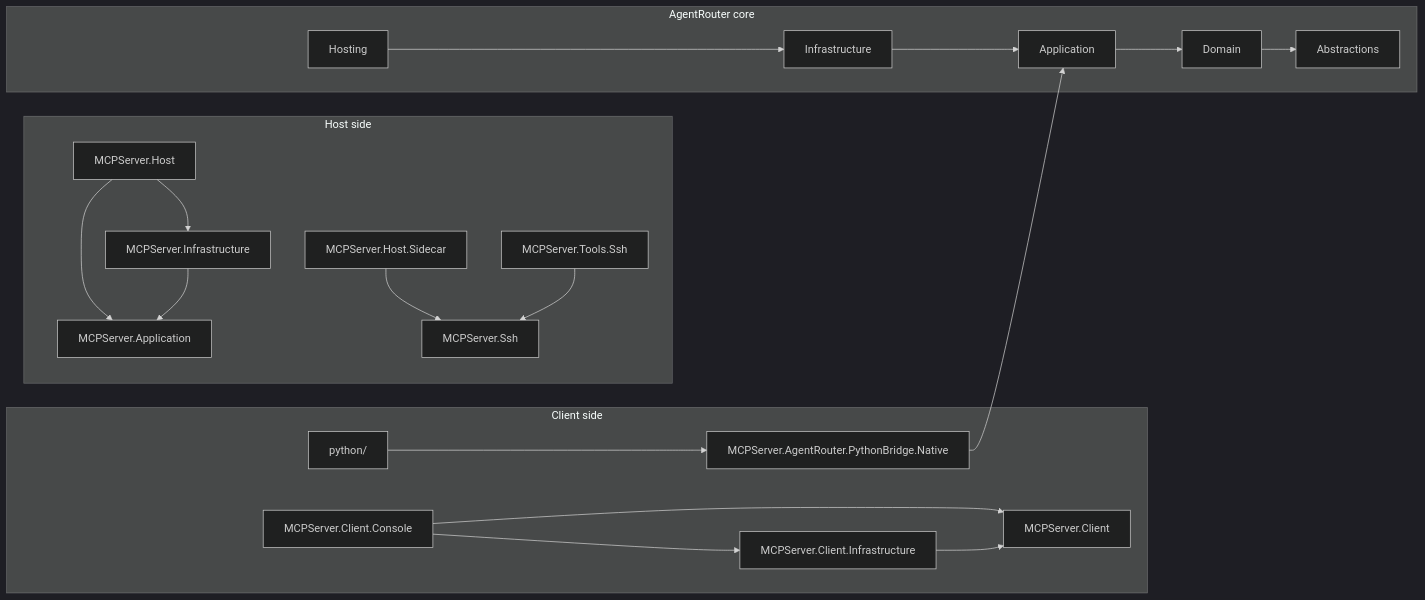
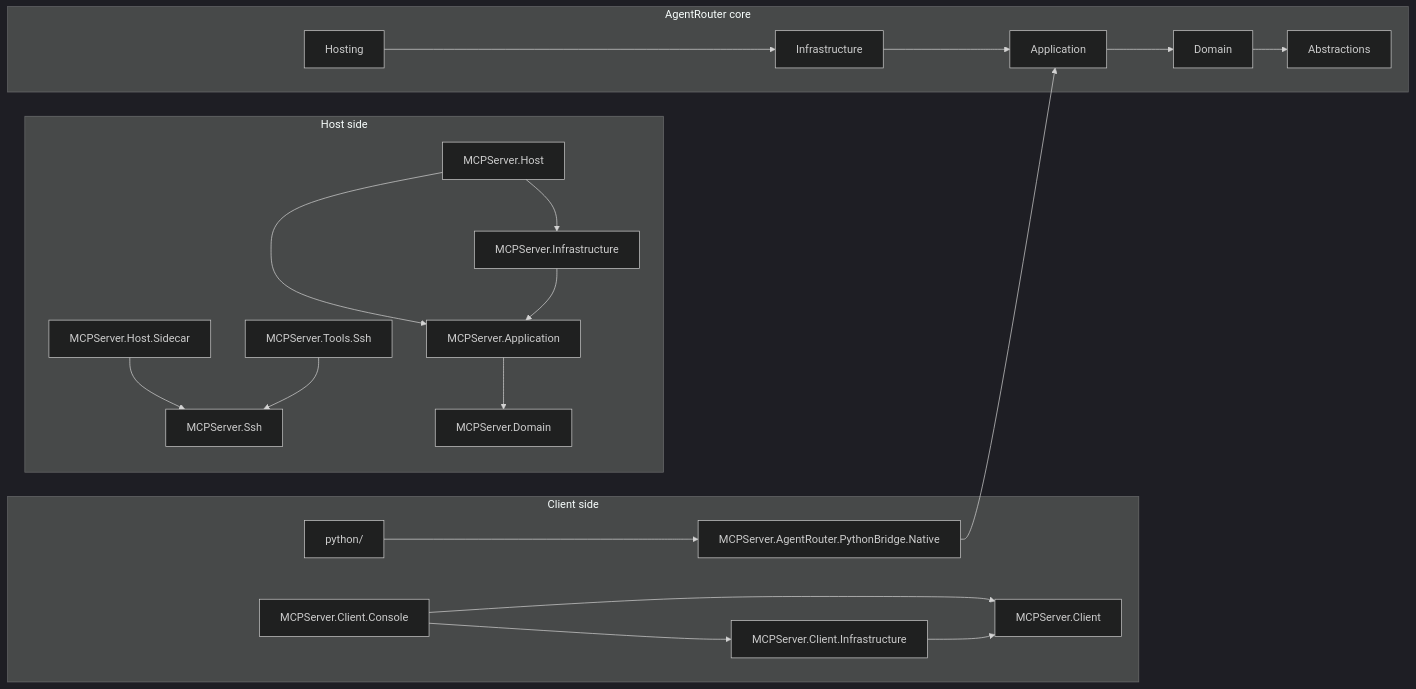
The diagram in README.md (haxxornulled/SharpMCPServer), drawn with Mermaid (dark theme) before and after one commit. The commit also changed other lines of this file and 1 other file, not shown here.

Commit message:
Clarify architecture docs

````diff
--- a/README.md
+++ b/README.md
@@ -23,42 +23,44 @@
 ```mermaid
 flowchart LR
     subgraph ClientSide["Client side"]
         Console["MCPServer.Client.Console"]
         ClientLib["MCPServer.Client"]
         ClientInfra["MCPServer.Client.Infrastructure"]
         Python["python/"]
         Native["MCPServer.AgentRouter.PythonBridge.Native"]
     end
 
     subgraph HostSide["Host side"]
         MainHost["MCPServer.Host"]
         Sidecar["MCPServer.Host.Sidecar"]
         Infra["MCPServer.Infrastructure"]
         App["MCPServer.Application"]
+        Domain["MCPServer.Domain"]
         Ssh["MCPServer.Ssh"]
         SshTools["MCPServer.Tools.Ssh"]
     end
 
     subgraph RouterCore["AgentRouter core"]
         ARAbs["Abstractions"]
         ARDom["Domain"]
         ARApp["Application"]
         ARInfra["Infrastructure"]
         ARHost["Hosting"]
     end
 
     Console --> ClientLib
     Console --> ClientInfra
     ClientInfra --> ClientLib
 
     Python --> Native
     Native --> ARApp
 
     MainHost --> Infra
     MainHost --> App
     Sidecar --> Ssh
     Infra --> App
+    App --> Domain
     SshTools --> Ssh
 
     ARHost --> ARInfra --> ARApp --> ARDom --> ARAbs
 ```
````
